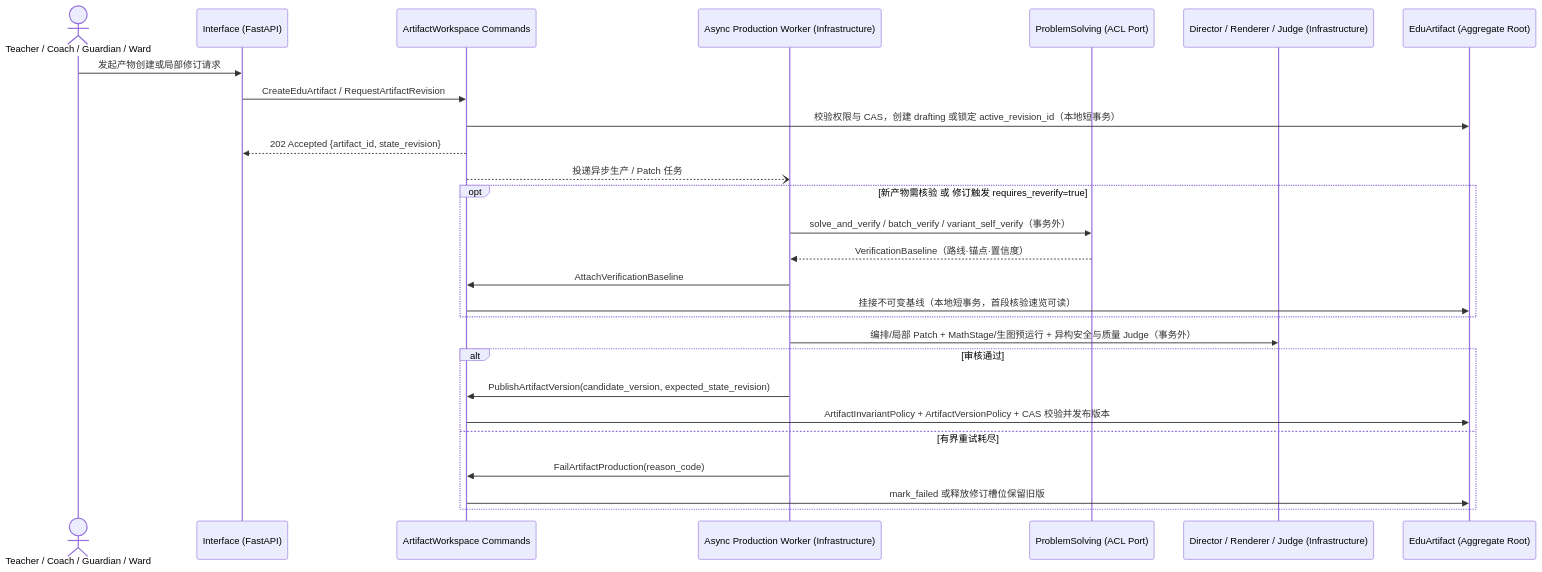
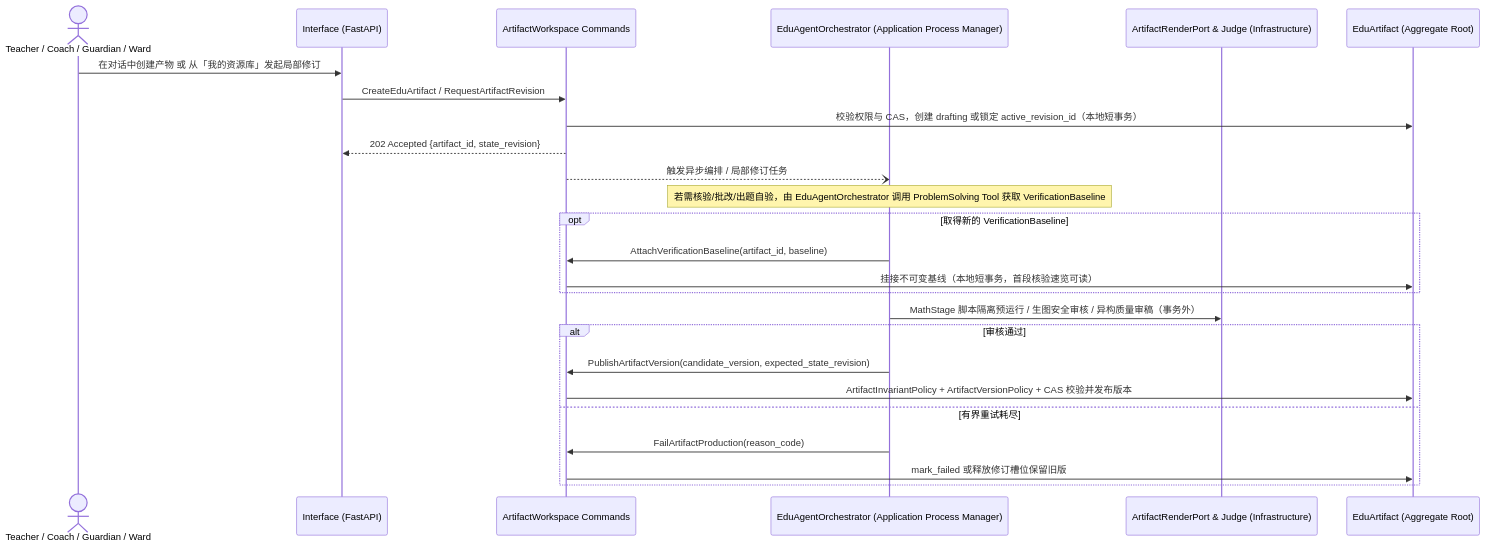
One commit to johanchow/duxue changed the fourth of 6 diagrams in docs/technical/domain-artifact-workspace.md. Above: the diagram before and after it, drawn with Mermaid. The commit also changed other lines of this file and 2 other files, not shown here.

Commit message:
docs(technical): 彻底解耦 ArtifactWorkspace 与 ProblemSolving，统一由 EduAgentOrchestrator 星型编排

````diff
--- a/docs/technical/domain-artifact-workspace.md
+++ b/docs/technical/domain-artifact-workspace.md
@@ -199,32 +198,30 @@
 ```mermaid
 sequenceDiagram
     actor U as Teacher / Coach / Guardian / Ward
     participant IF as Interface (FastAPI)
     participant CMD as ArtifactWorkspace Commands
-    participant WK as Async Production Worker (Infrastructure)
-    participant PS as ProblemSolving (ACL Port)
-    participant AI as Director / Renderer / Judge (Infrastructure)
+    participant PM as EduAgentOrchestrator (Application Process Manager)
+    participant RN as ArtifactRenderPort & Judge (Infrastructure)
     participant AGG as EduArtifact (Aggregate Root)
 
-    U->>IF: 发起产物创建或局部修订请求
+    U->>IF: 在对话中创建产物 或 从「我的资源库」发起局部修订
     IF->>CMD: CreateEduArtifact / RequestArtifactRevision
     CMD->>AGG: 校验权限与 CAS，创建 drafting 或锁定 active_revision_id（本地短事务）
     CMD-->>IF: 202 Accepted {artifact_id, state_revision}
-    CMD--)WK: 投递异步生产 / Patch 任务
+    CMD--)PM: 触发异步编排 / 局部修订任务
 
-    opt 新产物需核验 或 修订触发 requires_reverify=true
-        WK->>PS: solve_and_verify / batch_verify / variant_self_verify（事务外）
-        PS-->>WK: VerificationBaseline（路线·锚点·置信度）
-        WK->>CMD: AttachVerificationBaseline
+    Note over PM: 若需核验/批改/出题自验，由 EduAgentOrchestrator 调用 ProblemSolving Tool 获取 VerificationBaseline
+    opt 取得新的 VerificationBaseline
+        PM->>CMD: AttachVerificationBaseline(artifact_id, baseline)
         CMD->>AGG: 挂接不可变基线（本地短事务，首段核验速览可读）
     end
 
-    WK->>AI: 编排/局部 Patch + MathStage/生图预运行 + 异构安全与质量 Judge（事务外）
+    PM->>RN: MathStage 脚本隔离预运行 / 生图安全审核 / 异构质量审稿（事务外）
     alt 审核通过
-        WK->>CMD: PublishArtifactVersion(candidate_version, expected_state_revision)
+        PM->>CMD: PublishArtifactVersion(candidate_version, expected_state_revision)
         CMD->>AGG: ArtifactInvariantPolicy + ArtifactVersionPolicy + CAS 校验并发布版本
     else 有界重试耗尽
-        WK->>CMD: FailArtifactProduction(reason_code)
+        PM->>CMD: FailArtifactProduction(reason_code)
         CMD->>AGG: mark_failed 或释放修订槽位保留旧版
     end
 ```
````
